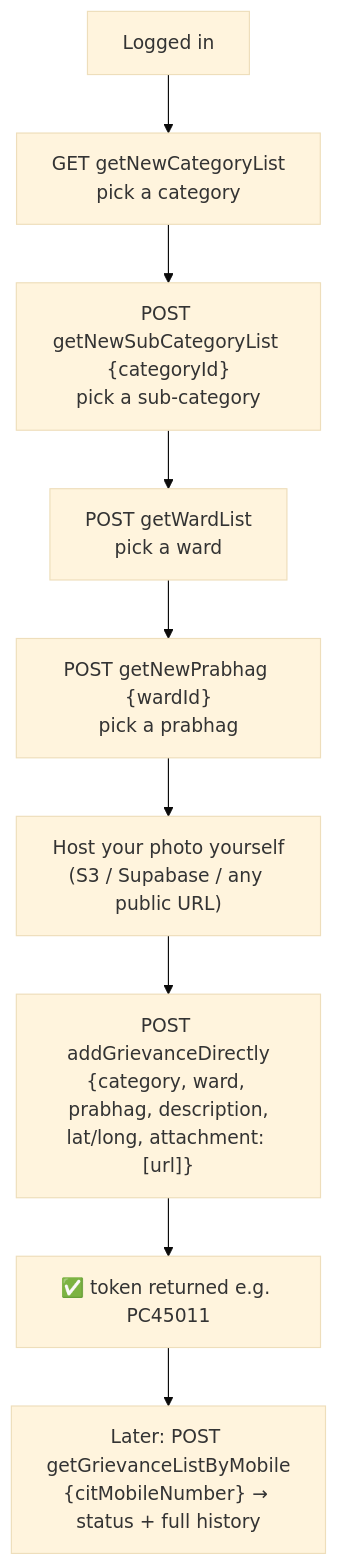
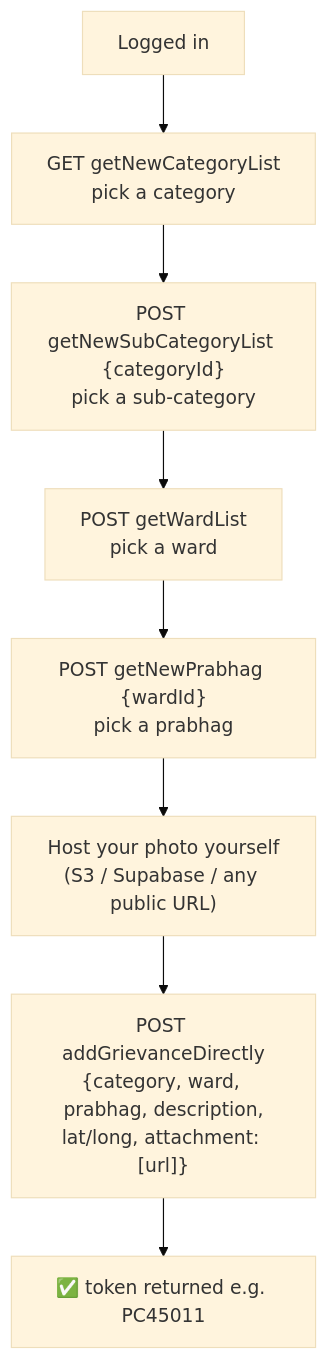
Before and after one commit to ForceGT/pmc-care-cli: the third of 4 diagrams in README.md, drawn with Mermaid (base theme). The commit also changed other lines of this file and 3 other files, not shown here.

````diff
--- a/README.md
+++ b/README.md
@@ -69,11 +69,10 @@
 ```mermaid
 flowchart TD
     A[Logged in] --> B["GET getNewCategoryList<br/>pick a category"]
     B --> C["POST getNewSubCategoryList {categoryId}<br/>pick a sub-category"]
     C --> D["POST getWardList<br/>pick a ward"]
     D --> E["POST getNewPrabhag {wardId}<br/>pick a prabhag"]
     E --> F["Host your photo yourself<br/>(S3 / Supabase / any public URL)"]
     F --> G["POST addGrievanceDirectly<br/>{category, ward, prabhag, description,<br/>lat/long, attachment: [url]}"]
     G --> H["✅ token returned e.g. PC45011"]
-    H --> I["Later: POST getGrievanceListByMobile<br/>{citMobileNumber} → status + full history"]
 ```
````
